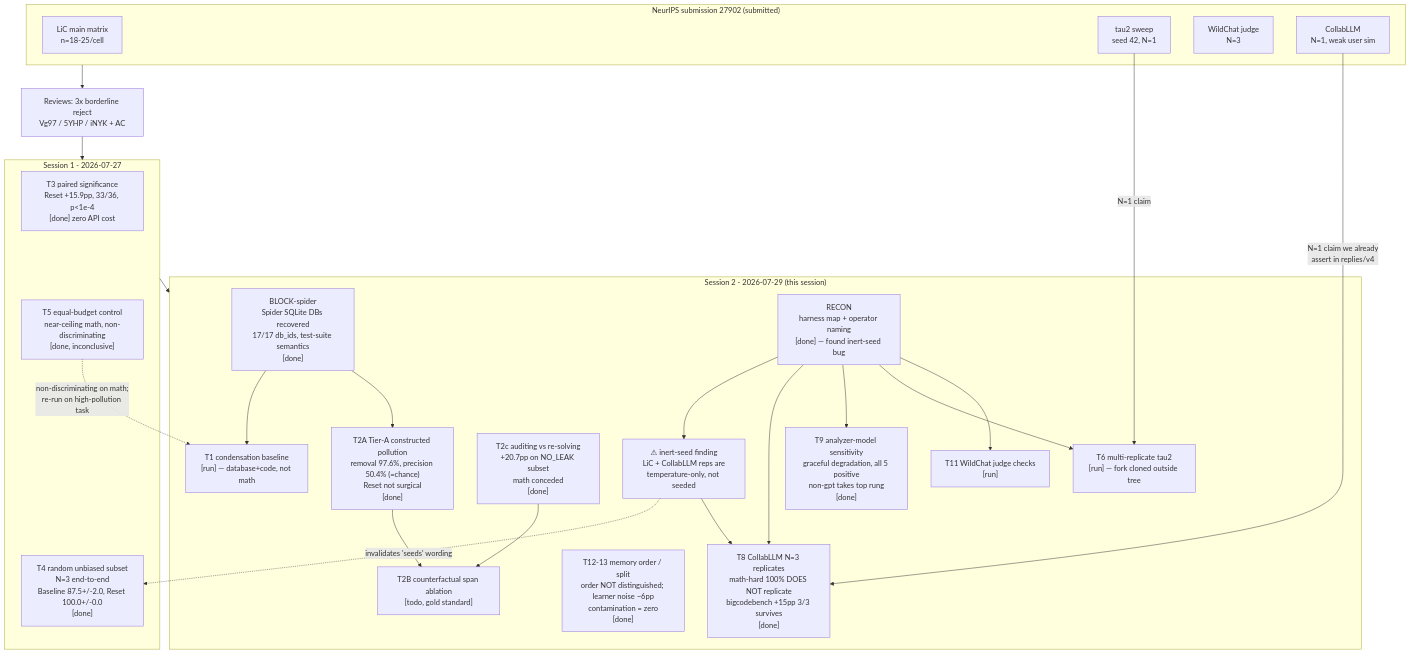
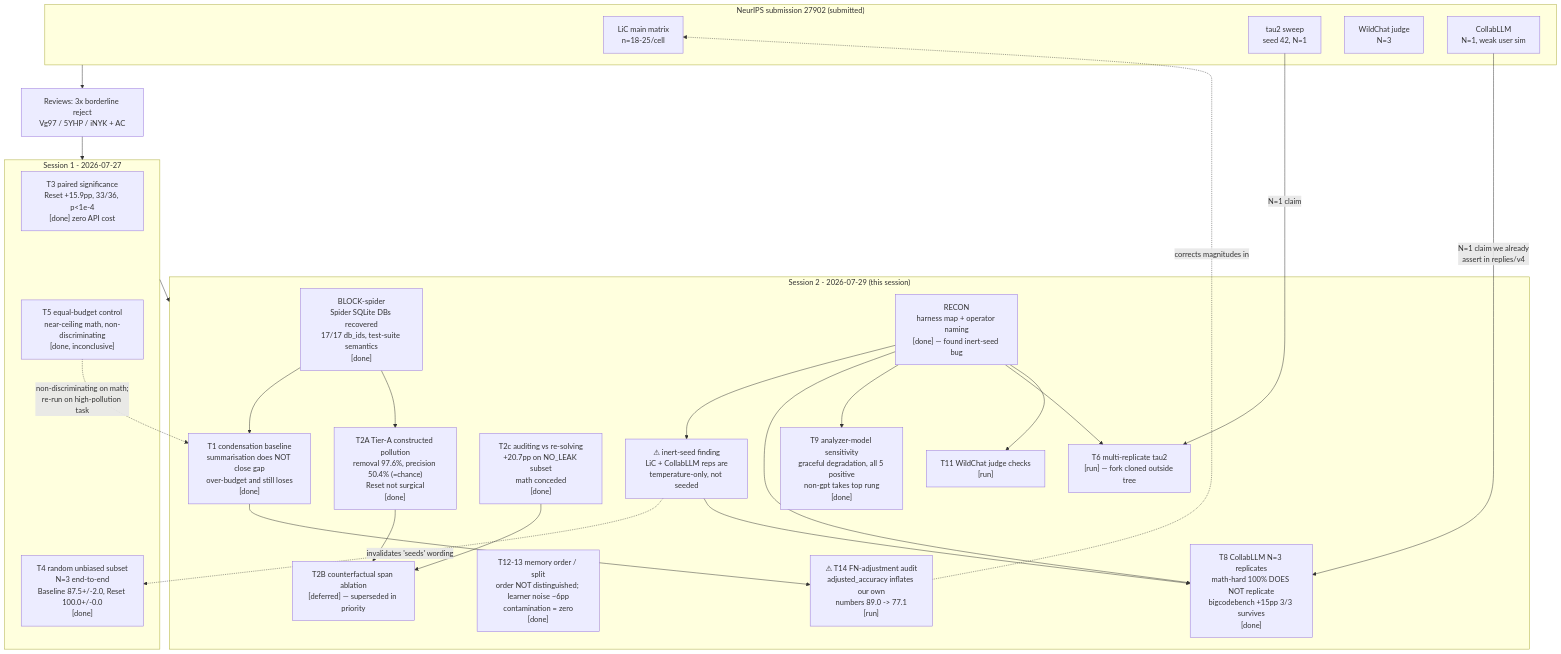
Before and after one commit to matt-seb-ho/ctx_editor: the diagram in neurips_review/autoresearch/PROVENANCE.md, drawn with Mermaid. The commit also changed other lines of this file and 4 other files, not shown here.

Commit message:
feat(rebuttal): T1 results — summarisation fails at higher budget; pivot to T14 FN audit

````diff
--- a/neurips_review/autoresearch/PROVENANCE.md
+++ b/neurips_review/autoresearch/PROVENANCE.md
@@ -11,51 +11,54 @@
 ```mermaid
 graph TD
   subgraph PAPER["NeurIPS submission 27902 (submitted)"]
     P0["LiC main matrix<br/>n=18-25/cell"]
     P1["tau2 sweep<br/>seed 42, N=1"]
     P2["WildChat judge<br/>N=3"]
     P3["CollabLLM<br/>N=1, weak user sim"]
   end
 
   R["Reviews: 3x borderline reject<br/>Vg97 / 5YHP / iNYK + AC"]
   PAPER --> R
 
   subgraph S1["Session 1 - 2026-07-27"]
     T3["T3 paired significance<br/>Reset +15.9pp, 33/36, p&lt;1e-4<br/>[done] zero API cost"]
     T4["T4 random unbiased subset<br/>N=3 end-to-end<br/>Baseline 87.5+/-2.0, Reset 100.0+/-0.0<br/>[done]"]
     T5["T5 equal-budget control<br/>near-ceiling math, non-discriminating<br/>[done, inconclusive]"]
   end
   R --> S1
 
   subgraph S2["Session 2 - 2026-07-29 (this session)"]
     BLK["BLOCK-spider<br/>Spider SQLite DBs recovered<br/>17/17 db_ids, test-suite semantics<br/>[done]"]
     RC["RECON<br/>harness map + operator naming<br/>[done] — found inert-seed bug"]
     T8["T8 CollabLLM N=3 replicates<br/>math-hard 100% DOES NOT replicate<br/>bigcodebench +15pp 3/3 survives<br/>[done]"]
     T9["T9 analyzer-model sensitivity<br/>graceful degradation, all 5 positive<br/>non-gpt takes top rung<br/>[done]"]
     T2A["T2A Tier-A constructed pollution<br/>removal 97.6%, precision 50.4% (=chance)<br/>Reset not surgical<br/>[done]"]
     T2C["T2c auditing vs re-solving<br/>+20.7pp on NO_LEAK subset<br/>math conceded<br/>[done]"]
-    T1["T1 condensation baseline<br/>[run] — database+code, not math"]
+    T1["T1 condensation baseline<br/>summarisation does NOT close gap<br/>over-budget and still loses<br/>[done]"]
     T11["T11 WildChat judge checks<br/>[run]"]
     T12["T12-13 memory order / split<br/>order NOT distinguished; learner noise ~6pp<br/>contamination = zero<br/>[done]"]
     T6["T6 multi-replicate tau2<br/>[run] — fork cloned outside tree"]
-    T2B["T2B counterfactual span ablation<br/>[todo, gold standard]"]
+    T2B["T2B counterfactual span ablation<br/>[deferred] — superseded in priority"]
+    T14["⚠ T14 FN-adjustment audit<br/>adjusted_accuracy inflates our own<br/>numbers 89.0 -> 77.1<br/>[run]"]
     SEED["⚠ inert-seed finding<br/>LiC + CollabLLM reps are<br/>temperature-only, not seeded"]
   end
   S1 --> S2
 
   RC --> SEED
   SEED -.->|"invalidates 'seeds' wording"| T4
   SEED --> T8
   RC --> T8
   RC --> T9
   RC --> T6
   RC --> T11
   BLK --> T1
   BLK --> T2A
   T5 -.->|"non-discriminating on math;<br/>re-run on high-pollution task"| T1
   T2A --> T2B
   T2C --> T2B
+  T1 --> T14
+  T14 -.->|"corrects magnitudes in"| P0
 
   P3 -->|"N=1 claim we already<br/>assert in replies/v4"| T8
   P1 -->|"N=1 claim"| T6
 ```
````
